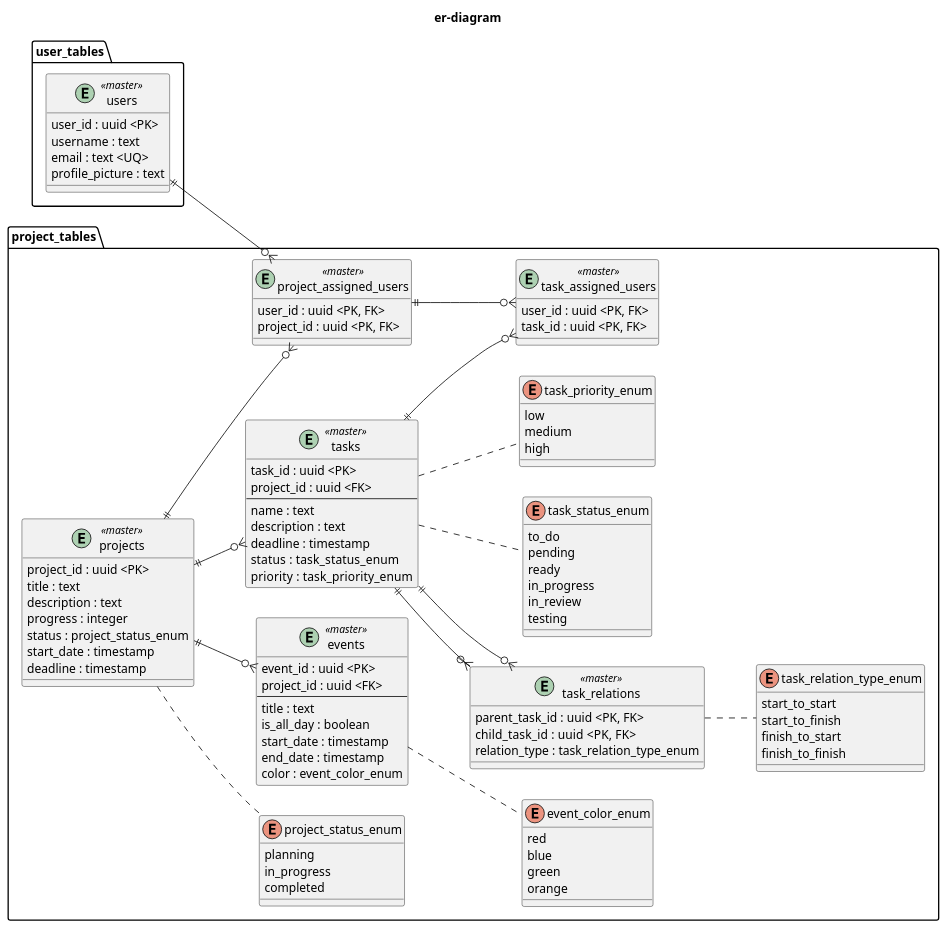
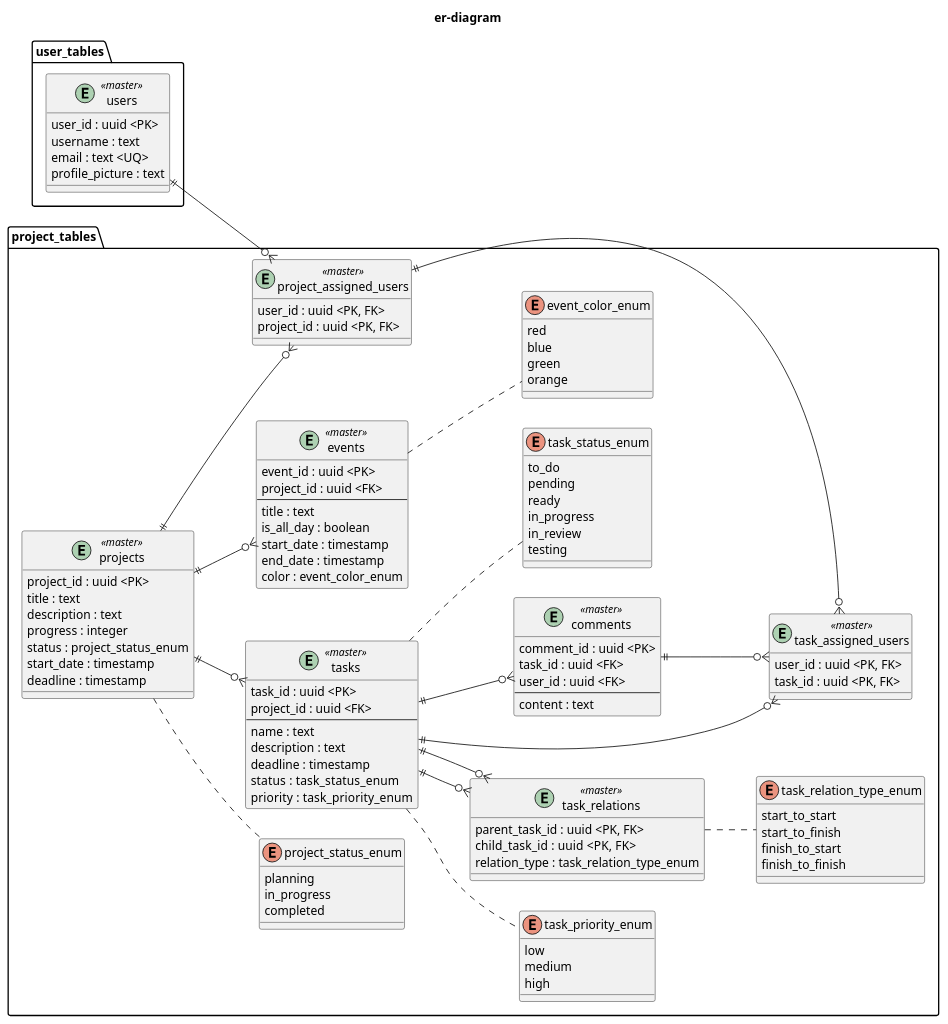
Before and after one commit to KaungSetLinn/FlowMatic: the diagram in doc/backend/er-diagram/er-diagram.pu, drawn with PlantUML. The commit also changed 1 other file, not shown here.

Commit message:
Feature/read-task (#19)
* commentsのreadエンドポイントを追加

* commentをer-diagramに追加

* fix:記入漏れ

```diff
--- a/doc/backend/er-diagram/er-diagram.pu
+++ b/doc/backend/er-diagram/er-diagram.pu
@@ -1,106 +1,115 @@
 @startuml er-diagram
 
 left to right direction
 
 title er-diagram
 
 package user_tables {
     entity users <<master>>{
     user_id : uuid <PK>
     username : text
     email : text <UQ>
     profile_picture : text
     }
 }
 
 package project_tables {
     entity projects <<master>>{
         project_id : uuid <PK>
         title : text
         description : text
         progress : integer
         status : project_status_enum
         start_date : timestamp
         deadline : timestamp
     }
     enum project_status_enum {
         planning
         in_progress
         completed
     }
     entity project_assigned_users <<master>>{
         user_id : uuid <PK, FK>
         project_id : uuid <PK, FK>
     }
     entity tasks <<master>>{
         task_id : uuid <PK>
         project_id : uuid <FK>
         ---
         name : text
         description : text
         deadline : timestamp
         status :  task_status_enum
         priority :  task_priority_enum
     }
     enum  task_status_enum {
         to_do
         pending
         ready
         in_progress
         in_review
         testing
     }
     enum  task_priority_enum {
         low
         medium
         high
     }
     entity task_assigned_users <<master>>{
         user_id : uuid <PK, FK>
         task_id : uuid <PK, FK>
     }
     entity task_relations <<master>>{
         parent_task_id : uuid <PK, FK>
         child_task_id  : uuid <PK, FK>
         relation_type : task_relation_type_enum
     }
     enum task_relation_type_enum {
         start_to_start
         start_to_finish
         finish_to_start
         finish_to_finish
     }
+    entity comments <<master>>{
+        comment_id : uuid <PK>
+        task_id : uuid <FK>
+        user_id : uuid <FK>
+        ---
+        content : text
+    }
     entity events <<master>>{
         event_id : uuid <PK>
         project_id : uuid <FK>
         ---
         title : text
         is_all_day : boolean
         start_date : timestamp
         end_date : timestamp
         color : event_color_enum
     }
     enum event_color_enum {
         red
         blue
         green
         orange
     }
 
     projects ||--o{ project_assigned_users
     project_assigned_users ||--o{ task_assigned_users
     projects ||--o{ tasks
     tasks ||--o{ task_relations
     tasks ||--o{ task_relations
     task_relations .. task_relation_type_enum
     tasks ..  task_priority_enum
     tasks ..  task_status_enum
     tasks ||--o{ task_assigned_users
+tasks ||--o{ comments
+    comments ||--o{ task_assigned_users
     projects .. project_status_enum
     projects ||--o{ events
     events .. event_color_enum
 }
 
 users ||--o{ project_assigned_users
 
 @enduml
```
